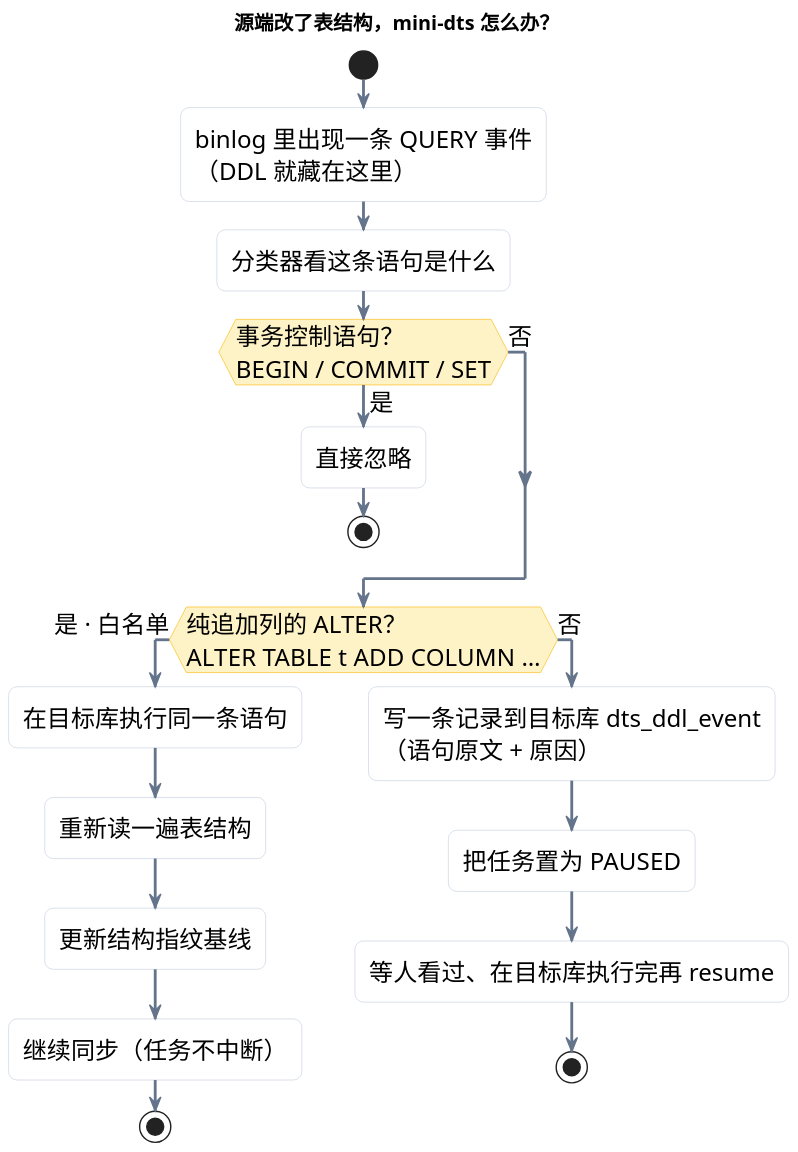
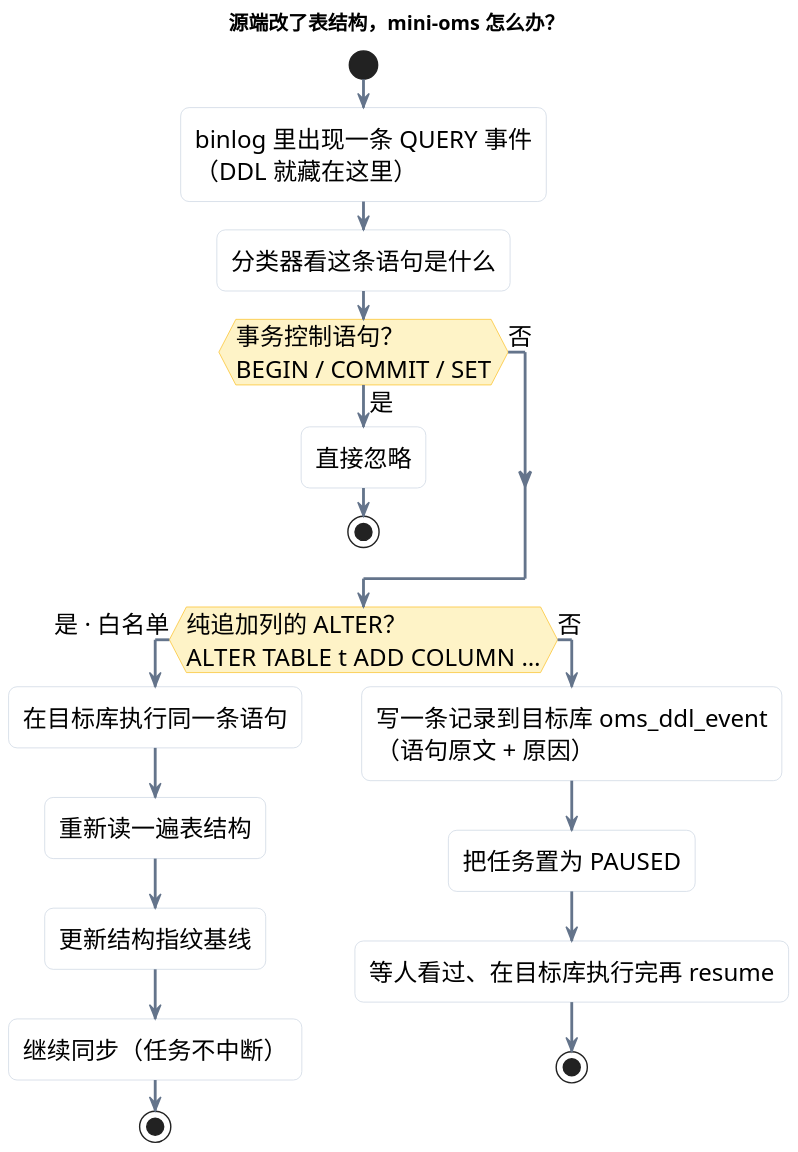
Before and after one commit to manyyuri/mini-dts: the diagram in assets/puml/fig4-ddl.puml, drawn with PlantUML. The commit also changed 225 other files, not shown here.

First line of the commit message:
refactor: 项目更名 mini-dts → mini-oms，去掉「阿里云 DTS/OMS」命名残留

```diff
--- a/assets/puml/fig4-ddl.puml
+++ b/assets/puml/fig4-ddl.puml
@@ -1,37 +1,37 @@
 @startuml
 skinparam dpi 160
 skinparam defaultFontName "PingFang SC"
 skinparam defaultFontSize 17
 skinparam shadowing false
 skinparam roundcorner 12
 skinparam ArrowColor #64748b
 skinparam ArrowThickness 2
 skinparam activity {
   BackgroundColor #ffffff
   BorderColor #cbd5e1
   DiamondBackgroundColor #fef3c7
   DiamondBorderColor #fbbf24
 }
-title 源端改了表结构，mini-dts 怎么办？
+title 源端改了表结构，mini-oms 怎么办？
 
 start
 :binlog 里出现一条 QUERY 事件\n（DDL 就藏在这里）;
 :分类器看这条语句是什么;
 if (事务控制语句？\nBEGIN / COMMIT / SET) then (是)
   :直接忽略;
   stop
 else (否)
 endif
 if (纯追加列的 ALTER？\nALTER TABLE t ADD COLUMN …) then (是 · 白名单)
   :在目标库执行同一条语句;
   :重新读一遍表结构;
   :更新结构指纹基线;
   :继续同步（任务不中断）;
   stop
 else (否)
-  :写一条记录到目标库 dts_ddl_event\n（语句原文 + 原因）;
+  :写一条记录到目标库 oms_ddl_event\n（语句原文 + 原因）;
   :把任务置为 PAUSED;
   :等人看过、在目标库执行完再 resume;
   stop
 endif
 @enduml
```
